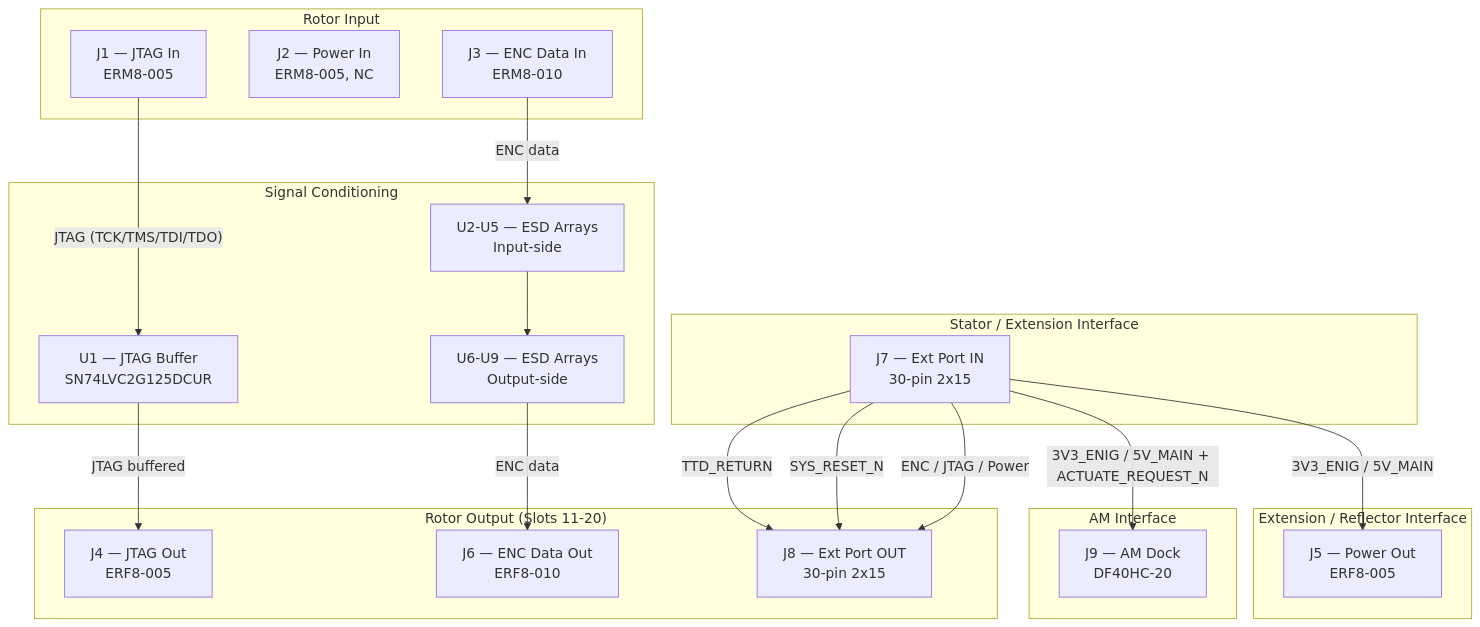
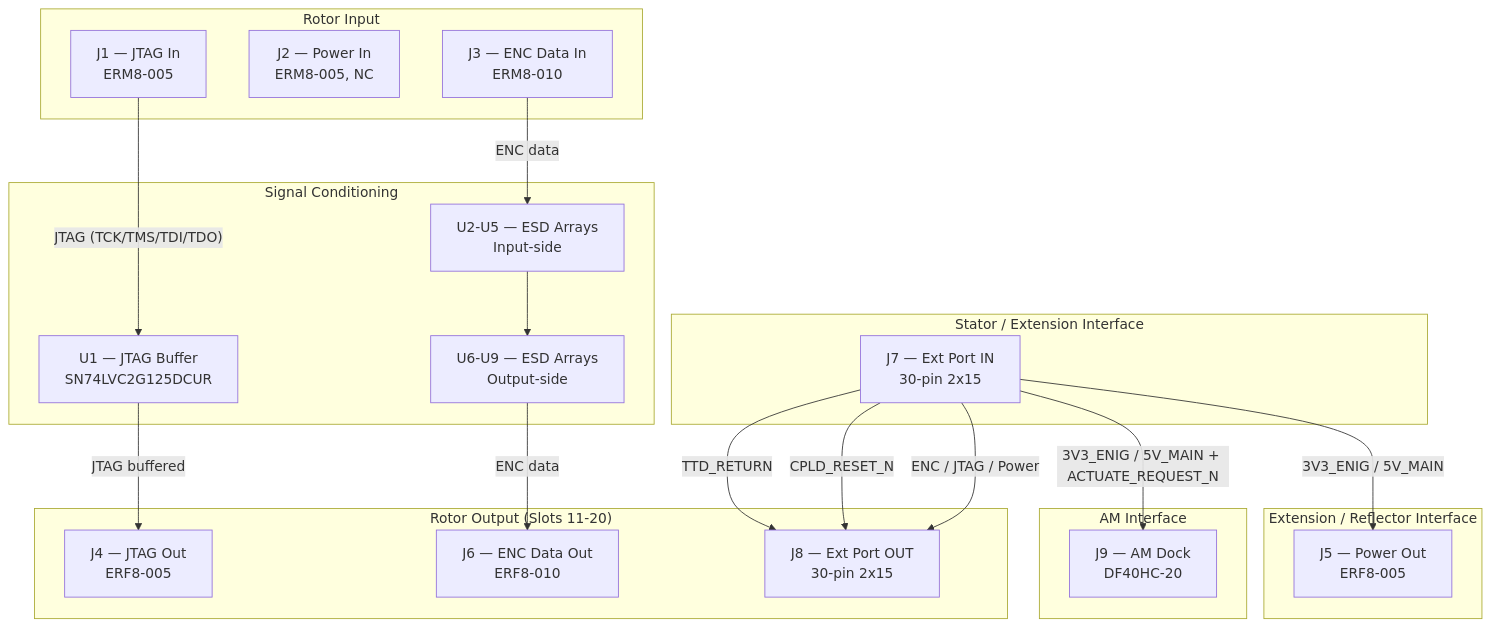
The diagram in design/Electronics/Extension/Design_Spec.md (thepinkmile/Enigma-2026-AI), drawn with Mermaid before and after one commit. The commit also changed other lines of this file and 32 other files, not shown here.

First line of the commit message:
Pass 10 triage: fixes, CPLD_RESET_N rename, datasheet purity cleanup

````diff
--- a/design/Electronics/Extension/Design_Spec.md
+++ b/design/Electronics/Extension/Design_Spec.md
@@ -60,43 +60,43 @@
 ```mermaid
 flowchart TD
   subgraph SEI["Stator / Extension Interface"]
     J7["J7 — Ext Port IN<br>30-pin 2x15"]
   end
 
   subgraph RI["Rotor Input"]
     J1["J1 — JTAG In<br>ERM8-005"]
     J2["J2 — Power In<br>ERM8-005, NC"]
     J3["J3 — ENC Data In<br>ERM8-010"]
   end
 
   subgraph SC["Signal Conditioning"]
     U1["U1 — JTAG Buffer<br>SN74LVC2G125DCUR"]
     ESD_IN["U2-U5 — ESD Arrays<br>Input-side"]
     ESD_OUT["U6-U9 — ESD Arrays<br>Output-side"]
   end
 
   subgraph RO["Rotor Output (Slots 11-20)"]
     J4["J4 — JTAG Out<br>ERF8-005"]
     J6["J6 — ENC Data Out<br>ERF8-010"]
     J8["J8 — Ext Port OUT<br>30-pin 2x15"]
   end
 
   subgraph ERI["Extension / Reflector Interface"]
     J5["J5 — Power Out<br>ERF8-005"]
   end
 
   subgraph AI["AM Interface"]
     J9["J9 — AM Dock<br>DF40HC-20"]
   end
 
   J1 -- "JTAG (TCK/TMS/TDI/TDO)" --> U1
   U1 -- "JTAG buffered" --> J4
   J3 -- "ENC data" --> ESD_IN
   ESD_IN --> ESD_OUT
   ESD_OUT -- "ENC data" --> J6
   J7 -- "3V3_ENIG / 5V_MAIN" --> J5
   J7 -- "3V3_ENIG / 5V_MAIN + ACTUATE_REQUEST_N" --> J9
   J7 -- "ENC / JTAG / Power" --> J8
-  J7 -- "SYS_RESET_N" --> J8
+  J7 -- "CPLD_RESET_N" --> J8
   J7 -- "TTD_RETURN" --> J8
 ```
````
